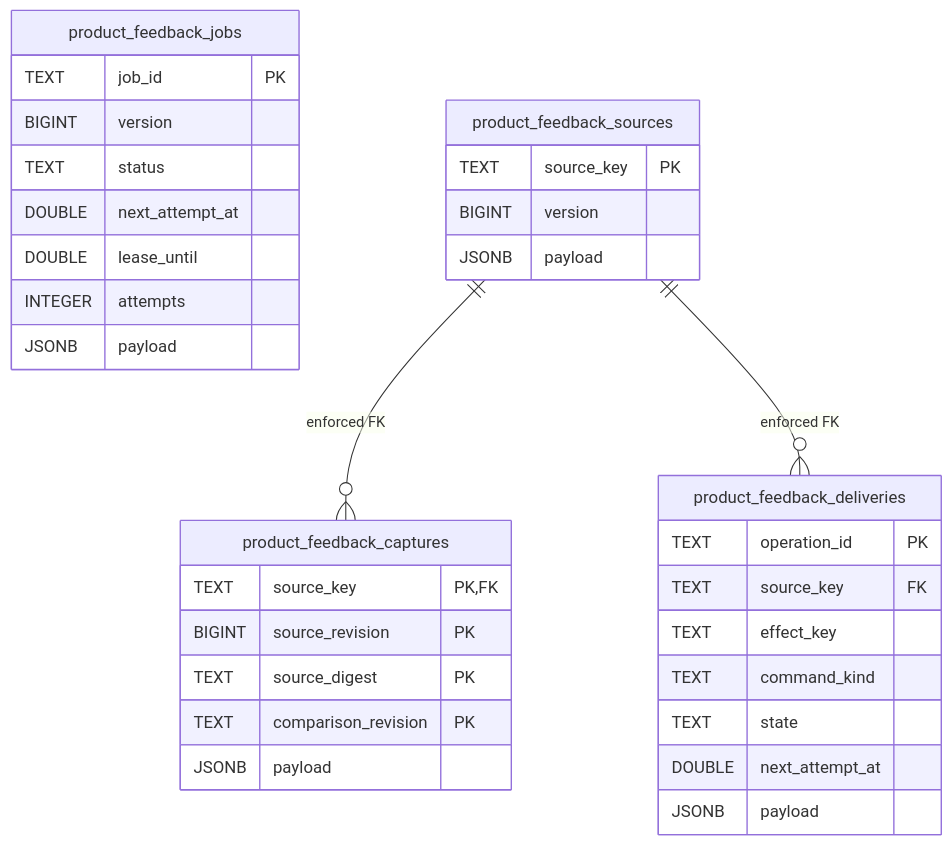
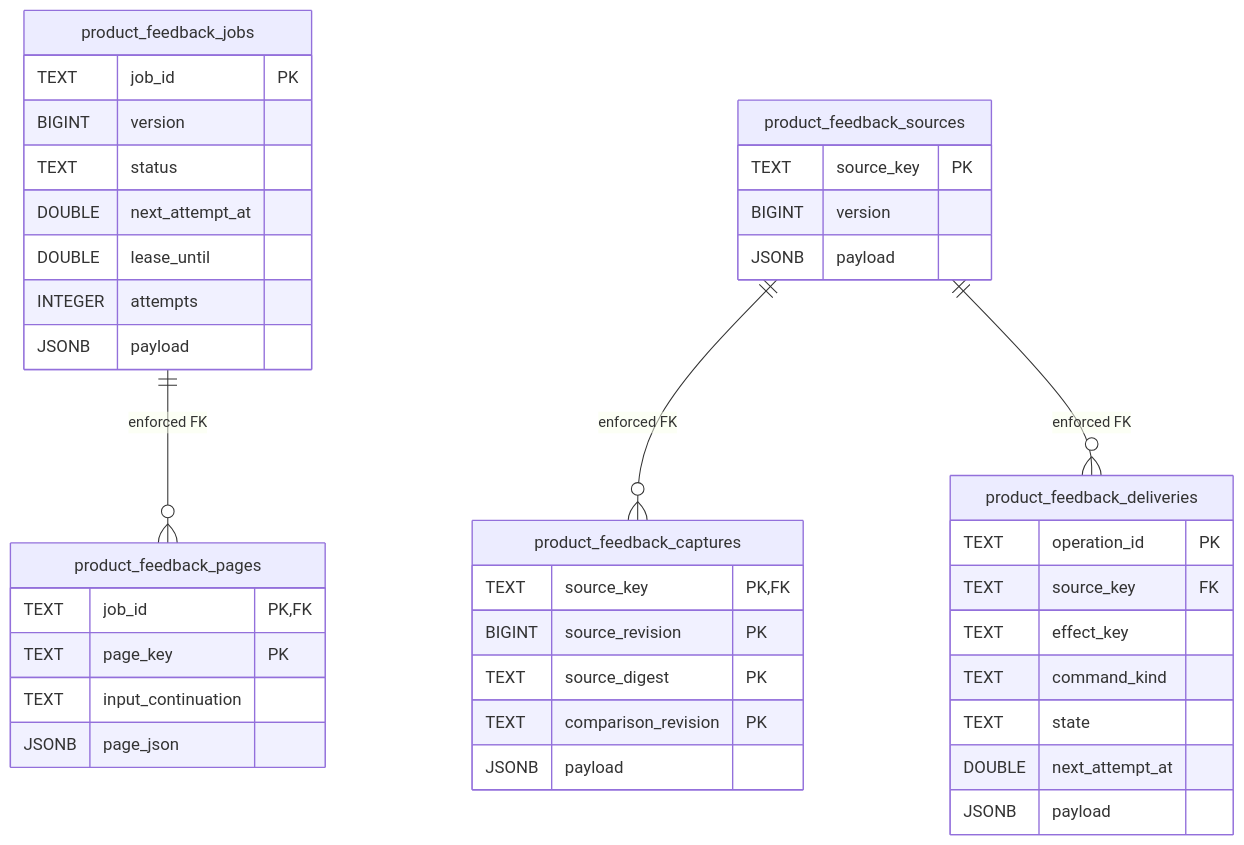
Before and after one commit to aaweaver-actuary/tempo: the third of 3 diagrams in backend/app/games/feedback/README.md, drawn with Mermaid. The commit also changed other lines of this file and 5 other files, not shown here.

````diff
--- a/backend/app/games/feedback/README.md
+++ b/backend/app/games/feedback/README.md
@@ -140,35 +154,42 @@
 ```mermaid
 erDiagram
   product_feedback_jobs {
     TEXT job_id PK
     BIGINT version
     TEXT status
     DOUBLE next_attempt_at
     DOUBLE lease_until
     INTEGER attempts
     JSONB payload
+  }
+  product_feedback_pages {
+    TEXT job_id PK,FK
+    TEXT page_key PK
+    TEXT input_continuation
+    JSONB page_json
   }
   product_feedback_sources {
     TEXT source_key PK
     BIGINT version
     JSONB payload
   }
   product_feedback_captures {
     TEXT source_key PK,FK
     BIGINT source_revision PK
     TEXT source_digest PK
     TEXT comparison_revision PK
     JSONB payload
   }
   product_feedback_deliveries {
     TEXT operation_id PK
     TEXT source_key FK
     TEXT effect_key
     TEXT command_kind
     TEXT state
     DOUBLE next_attempt_at
     JSONB payload
   }
+  product_feedback_jobs ||--o{ product_feedback_pages : "enforced FK"
   product_feedback_sources ||--o{ product_feedback_captures : "enforced FK"
   product_feedback_sources ||--o{ product_feedback_deliveries : "enforced FK"
 ```
````
